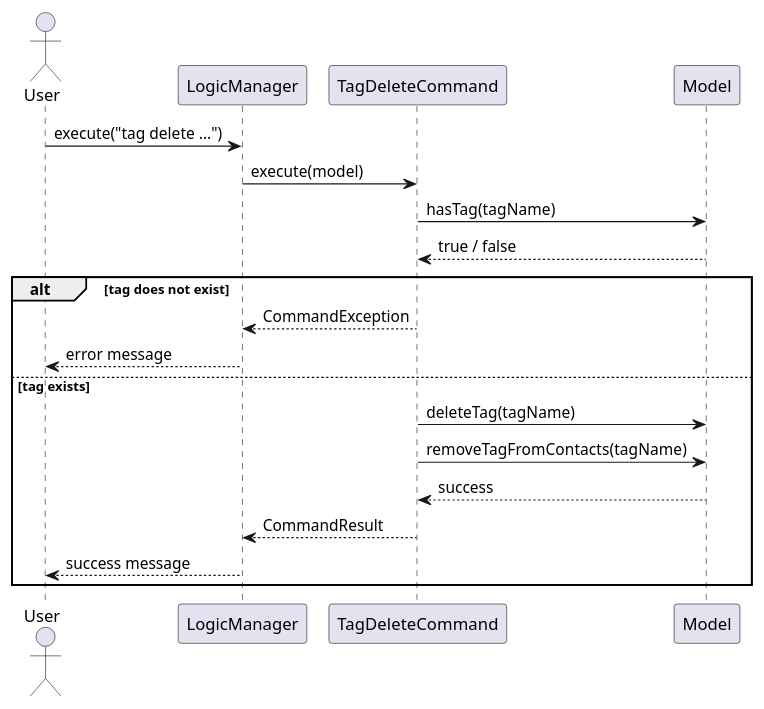
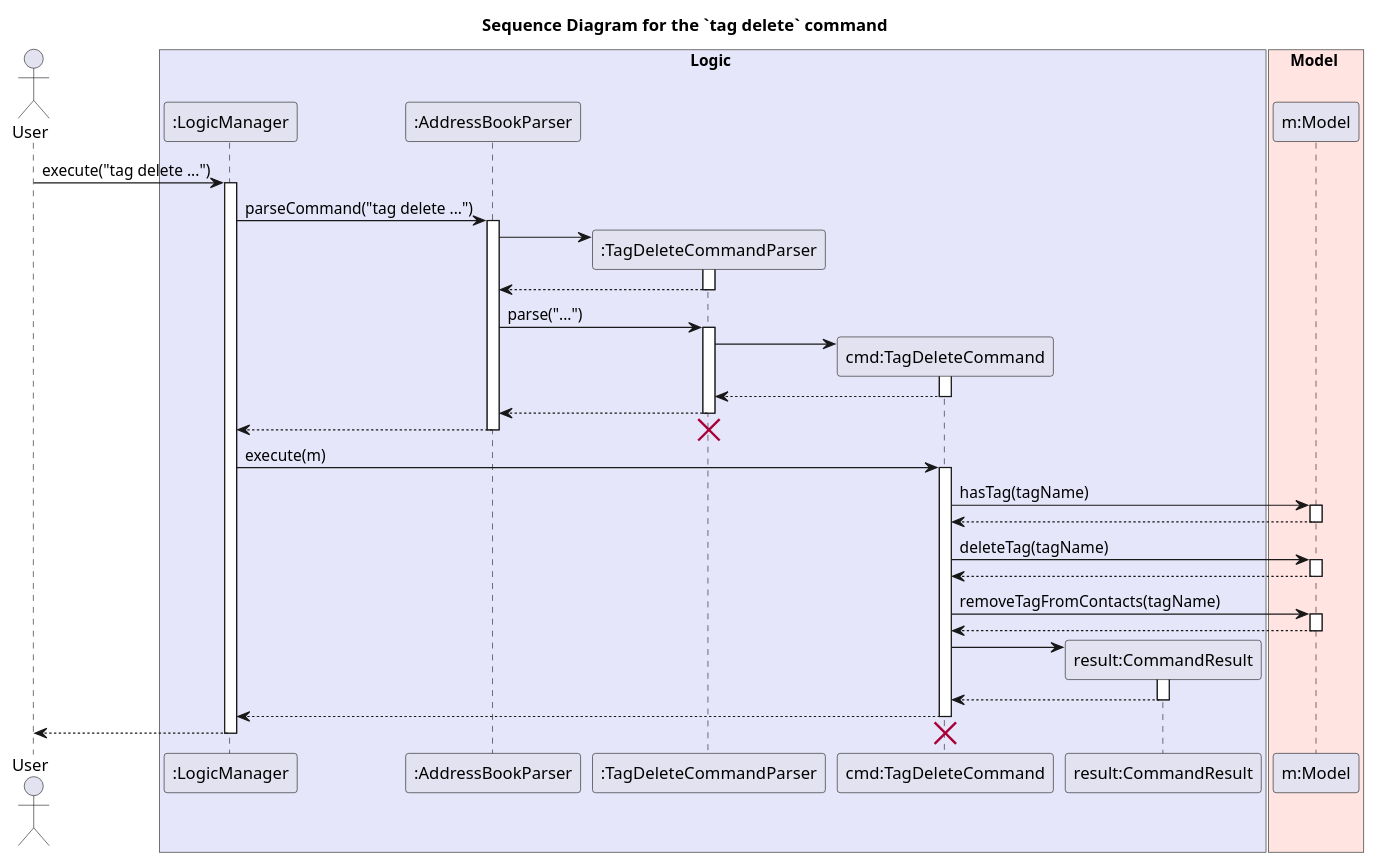
The diagram in docs/diagrams/tag/TagDeleteSequenceDiagram.puml (AY2526S2-CS2103-T11-1/tp), drawn with PlantUML before and after one commit. The commit also changed 4 other files, not shown here.

Commit message:
Update sequence diagrams for standardizing

```diff
--- a/docs/diagrams/tag/TagDeleteSequenceDiagram.puml
+++ b/docs/diagrams/tag/TagDeleteSequenceDiagram.puml
@@ -1,25 +1,79 @@
 @startuml
+title Sequence Diagram for the `tag delete` command
 
 actor User
-participant "LogicManager" as Logic
-participant "TagDeleteCommand" as Command
-participant "Model" as Model
+
+box Logic #E6E6FA
+participant ":LogicManager" as Logic
+participant ":AddressBookParser" as ABParser
+participant ":TagDeleteCommandParser" as Parser
+participant "cmd:TagDeleteCommand" as Command
+participant "result:CommandResult" as Result
+end box
+
+box Model #FFE4E1
+participant "m:Model" as Model
+end box
 
 User -> Logic : execute("tag delete ...")
-Logic -> Command : execute(model)
+activate Logic
+
+Logic -> ABParser : parseCommand("tag delete ...")
+activate ABParser
+
+create Parser
+ABParser -> Parser
+activate Parser
+
+ABParser <-- Parser
+deactivate Parser
+
+ABParser -> Parser : parse("...")
+activate Parser
+
+create Command
+Parser -> Command
+activate Command
+
+Parser <-- Command
+deactivate Command
+
+ABParser <-- Parser
+deactivate Parser
+
+Logic <-- ABParser
+destroy Parser
+deactivate ABParser
+
+Logic -> Command : execute(m)
+activate Command
 
 Command -> Model : hasTag(tagName)
-Model --> Command : true / false
+activate Model
+Model --> Command
+deactivate Model
 
-alt tag does not exist
-    Command --> Logic : CommandException
-    Logic --> User : error message
-else tag exists
-    Command -> Model : deleteTag(tagName)
-    Command -> Model : removeTagFromContacts(tagName)
-    Model --> Command : success
-    Command --> Logic : CommandResult
-    Logic --> User : success message
-end
+Command -> Model : deleteTag(tagName)
+activate Model
+Model --> Command
+deactivate Model
+
+Command -> Model : removeTagFromContacts(tagName)
+activate Model
+Model --> Command
+deactivate Model
+
+create Result
+Command -> Result
+activate Result
+Result --> Command
+deactivate Result
+
+Logic <-- Command
+deactivate Command
+
+User <-- Logic
+destroy Command
+deactivate Logic
 
 @enduml
```
